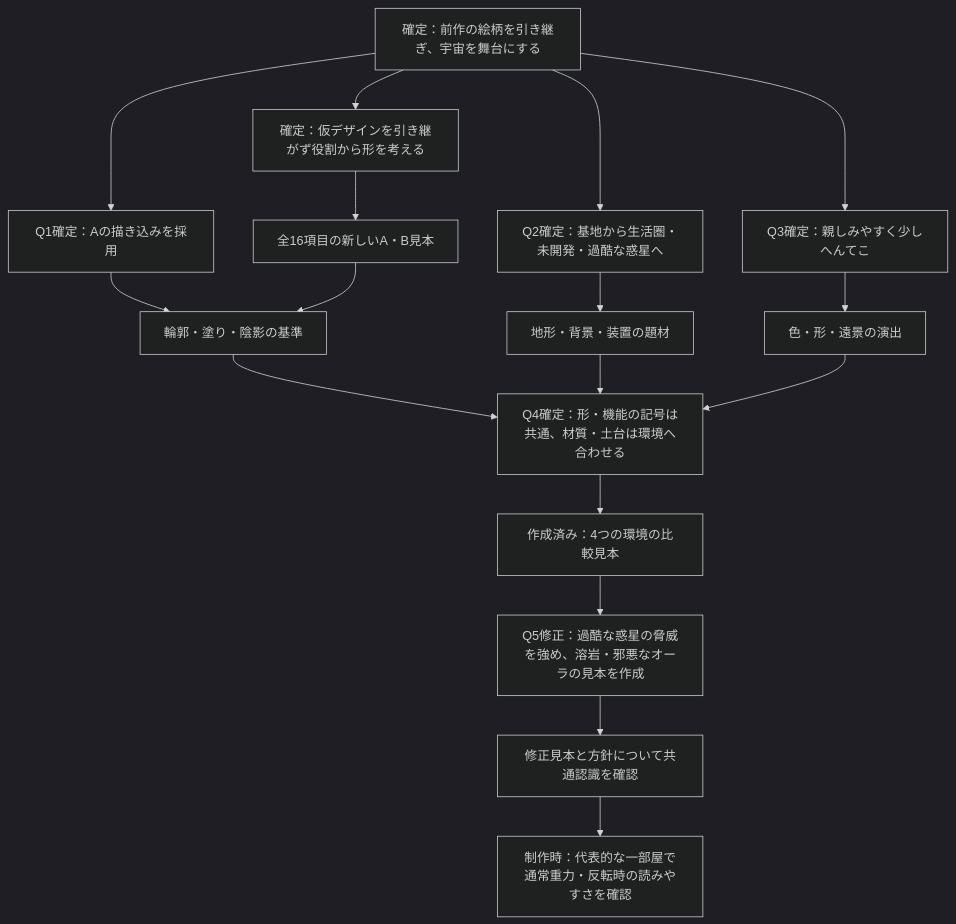
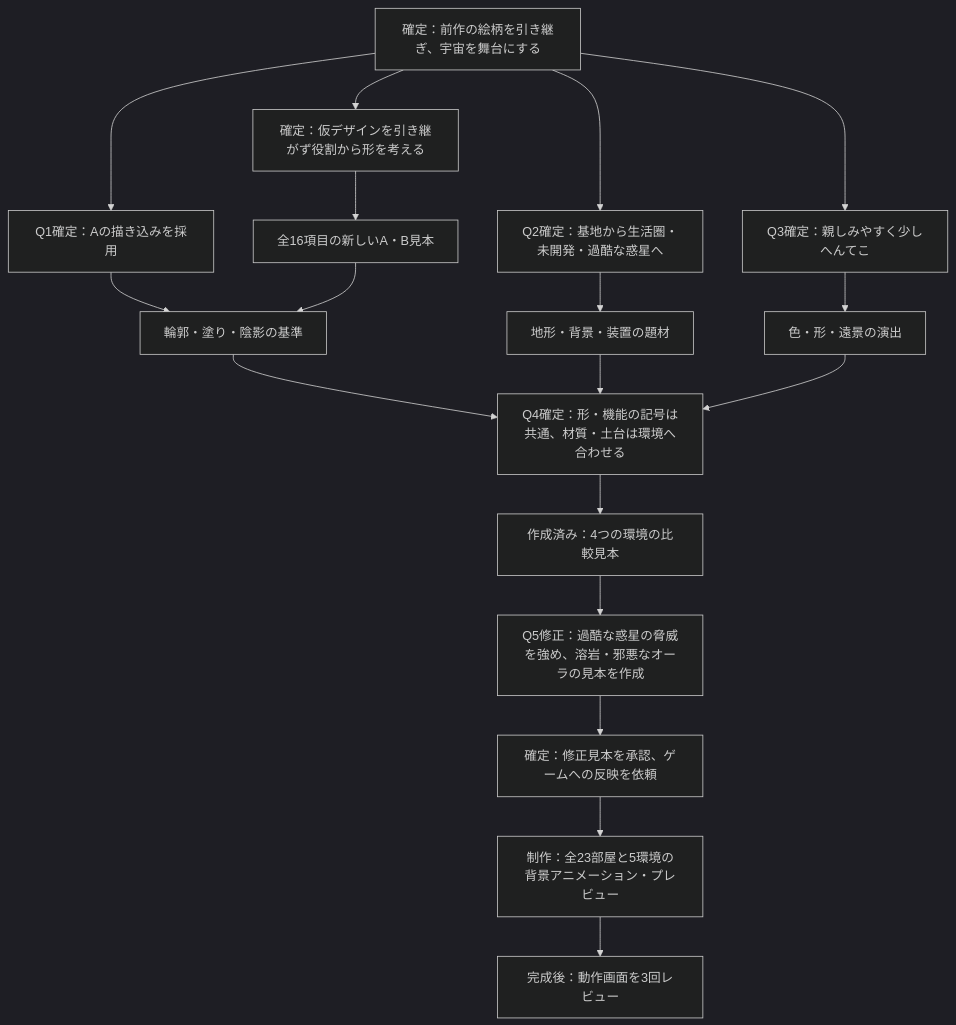
One commit to Foxy-null/2d-space changed the diagram in docs/art-direction.md. Above: the diagram before and after it, drawn with Mermaid (dark theme). The commit also changed other lines of this file and 67 other files, not shown here.

````diff
--- a/docs/art-direction.md
+++ b/docs/art-direction.md
@@ -123,19 +124,20 @@
 ```mermaid
 flowchart TD
     A[確定：前作の絵柄を引き継ぎ、宇宙を舞台にする] --> Q1[Q1確定：Aの描き込みを採用]
     A --> Q2[Q2確定：基地から生活圏・未開発・過酷な惑星へ]
     A --> Q3[Q3確定：親しみやすく少しへんてこ]
     Q1 --> B[輪郭・塗り・陰影の基準]
     A --> H[確定：仮デザインを引き継がず役割から形を考える]
     H --> I[全16項目の新しいA・B見本]
     I --> B
     Q2 --> C[地形・背景・装置の題材]
     Q3 --> D[色・形・遠景の演出]
     B --> Q4[Q4確定：形・機能の記号は共通、材質・土台は環境へ合わせる]
     C --> Q4
     D --> Q4
     Q4 --> E[作成済み：4つの環境の比較見本]
     E --> P[Q5修正：過酷な惑星の脅威を強め、溶岩・邪悪なオーラの見本を作成]
-    P --> G[修正見本と方針について共通認識を確認]
-    G --> F[制作時：代表的な一部屋で通常重力・反転時の読みやすさを確認]
+    P --> G[確定：修正見本を承認、ゲームへの反映を依頼]
+    G --> F[制作：全23部屋と5環境の背景アニメーション・プレビュー]
+    F --> R[完成後：動作画面を3回レビュー]
 ```
````
